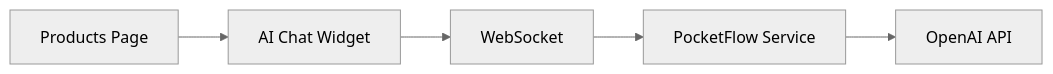
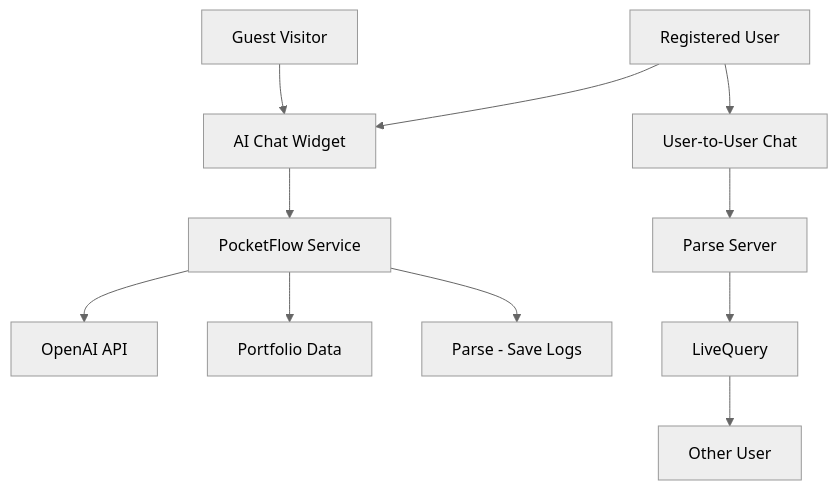
One commit to dirm02/bloggista changed the tenth of 14 diagrams in expansion.md. Above: the diagram before and after it, drawn with Mermaid (neutral theme). The commit also changed other lines of this file, not shown here.

````diff
--- a/expansion.md
+++ b/expansion.md
@@ -243,7 +390,15 @@
 ```mermaid
-flowchart LR
-    Products[Products Page] --> ChatWidget[AI Chat Widget]
-    ChatWidget --> WS[WebSocket]
-    WS --> PocketFlow[PocketFlow Service]
-    PocketFlow --> OpenAI[OpenAI API]
+flowchart TB
+    Guest[Guest Visitor] --> AIChat[AI Chat Widget]
+    RegUser[Registered User] --> AIChat
+    RegUser --> UserChat[User-to-User Chat]
+
+    AIChat --> PocketFlow[PocketFlow Service]
+    PocketFlow --> LLM[OpenAI API]
+    PocketFlow --> PortData[Portfolio Data]
+    PocketFlow --> ParseLog[Parse - Save Logs]
+
+    UserChat --> Parse[Parse Server]
+    Parse --> LiveQuery[LiveQuery]
+    LiveQuery --> OtherUser[Other User]
 ```
````
